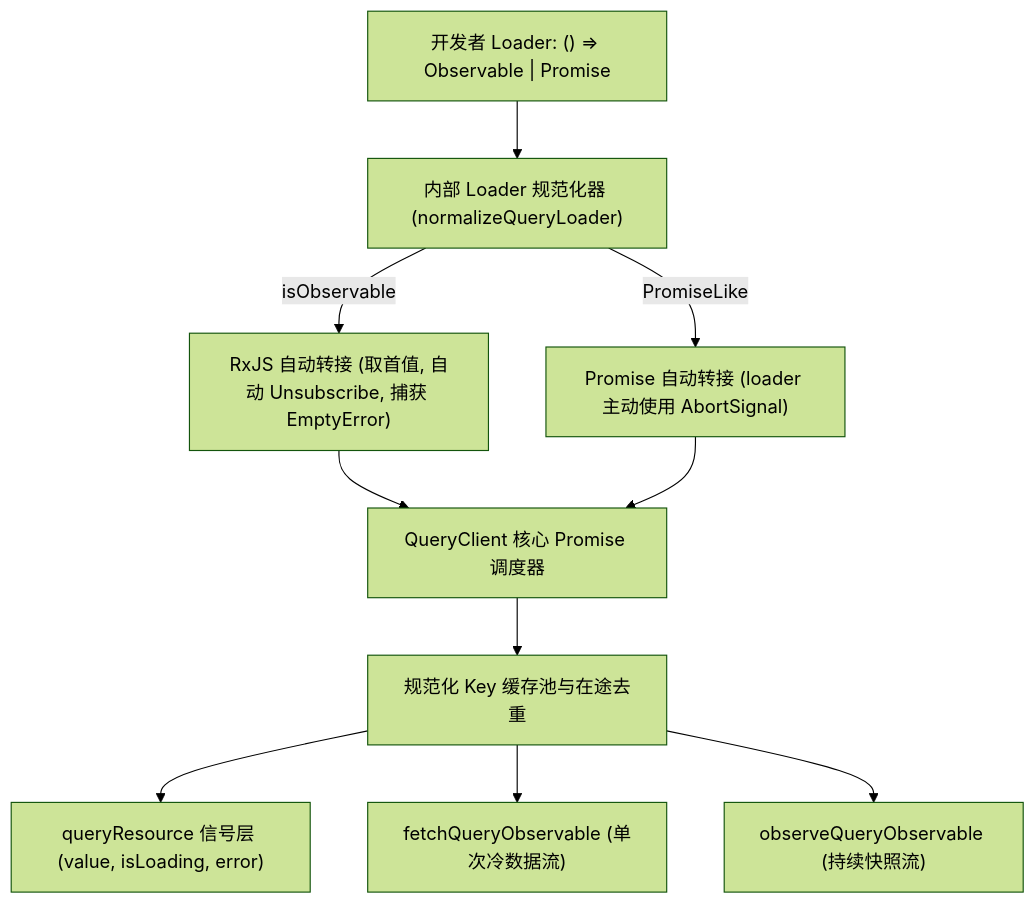
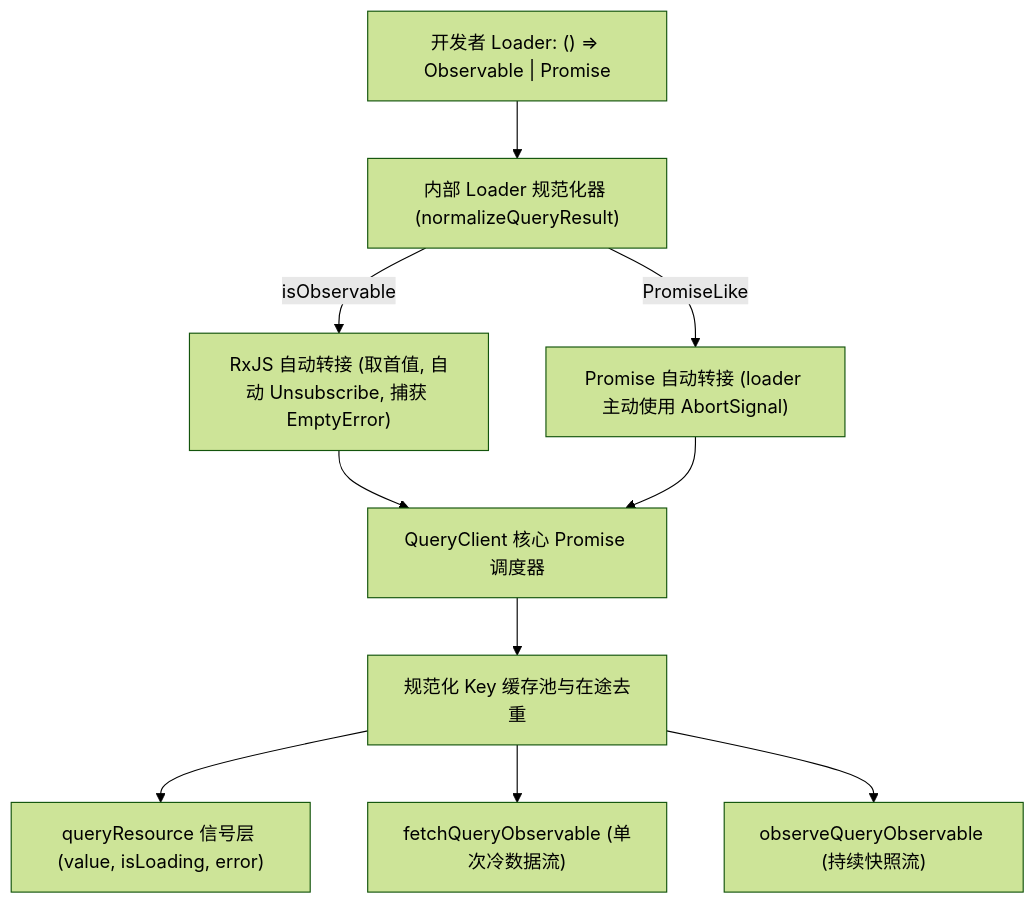
One commit to wghglory/ngx-lift-workspace changed the diagram in docs/design/query-api-dx-proposal.zh-CN.md. Above: the diagram before and after it, drawn with Mermaid (forest theme). The commit also changed other lines of this file and 2 other files, not shown here.

Commit message:
docs(query): specify collection lifecycle and Observable API choices

````diff
--- a/docs/design/query-api-dx-proposal.zh-CN.md
+++ b/docs/design/query-api-dx-proposal.zh-CN.md
@@ -1061,12 +1054,12 @@
 ```mermaid
 flowchart TD
-  UserLoader["开发者 Loader: () => Observable<T> | Promise<T>"] --> Normalizer["内部 Loader 规范化器 (normalizeQueryLoader)"]
+  UserLoader["开发者 Loader: () => Observable<T> | Promise<T>"] --> Normalizer["内部 Loader 规范化器 (normalizeQueryResult)"]
   Normalizer -->|isObservable| RxAdapter["RxJS 自动转接 (取首值, 自动 Unsubscribe, 捕获 EmptyError)"]
   Normalizer -->|PromiseLike| PromiseAdapter["Promise 自动转接 (loader 主动使用 AbortSignal)"]
   RxAdapter --> Engine["QueryClient 核心 Promise 调度器"]
   PromiseAdapter --> Engine
   Engine --> Cache["规范化 Key 缓存池与在途去重"]
   Cache --> Signals["queryResource 信号层 (value, isLoading, error)"]
   Cache --> FetchObs["fetchQueryObservable (单次冷数据流)"]
   Cache --> ObserveObs["observeQueryObservable (持续快照流)"]
 ```
````
